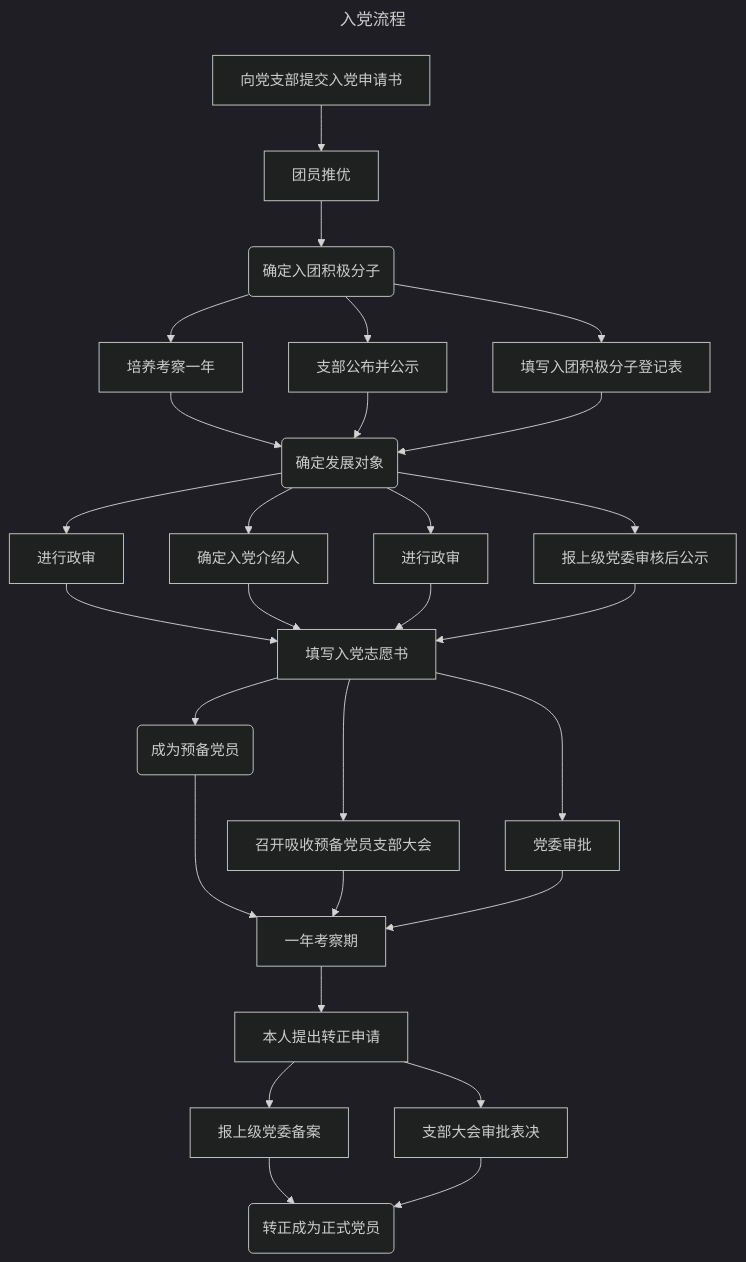
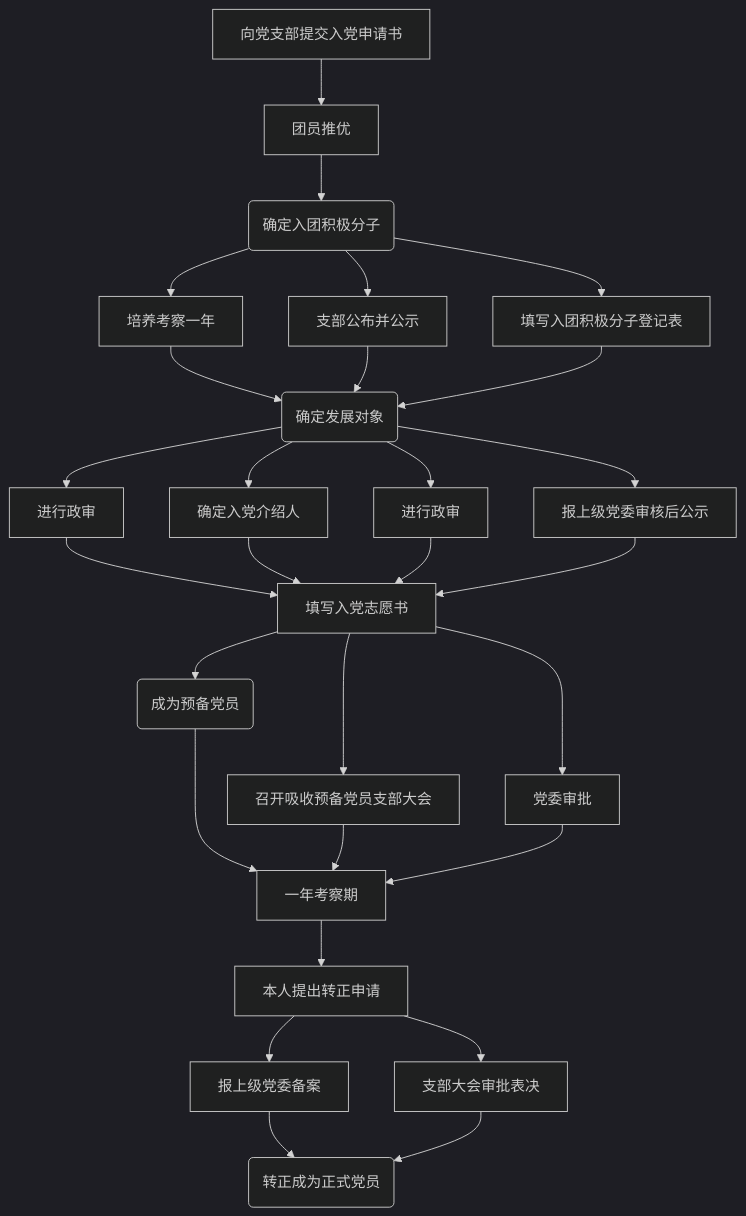
Before and after one commit to Survive-HFUT/survive-hfut.github.io: the diagram in docs/study/CPC.md, drawn with Mermaid (dark theme). The commit also changed other lines of this file and 4 other files, not shown here.

Commit message:
✨ 添加`Mermaid`支持

````diff
--- a/docs/study/CPC.md
+++ b/docs/study/CPC.md
@@ -5,35 +5,32 @@
 ```mermaid
----
-title: 入党流程
----
 flowchart TD
   a["向党支部提交入党申请书"] --> b["团员推优"]
   b-->c("确定入团积极分子")
   c-->d["支部公布并公示"]
   c-->e["填写入团积极分子登记表"]
   c-->f["培养考察一年"]
   f-->g("确定发展对象")
   d-->g
   e-->g
   g-->h["进行政审"]
   g-->i["确定入党介绍人"]
   g-->j["进行政审"]
   g-->k["报上级党委审核后公示"]
   l["填写入党志愿书"]
   h-->l
   i-->l
   j-->l
   k-->l
   l-->m["召开吸收预备党员支部大会"]
   l-->n["党委审批"]
   l-->o("成为预备党员")
   o-->p["一年考察期"]
   m-->p
   n-->p
   p-->q["本人提出转正申请"]
   q-->r["支部大会审批表决"]
   q-->s["报上级党委备案"]
   t("转正成为正式党员")
   s-->t
   r-->t
 ```
````
